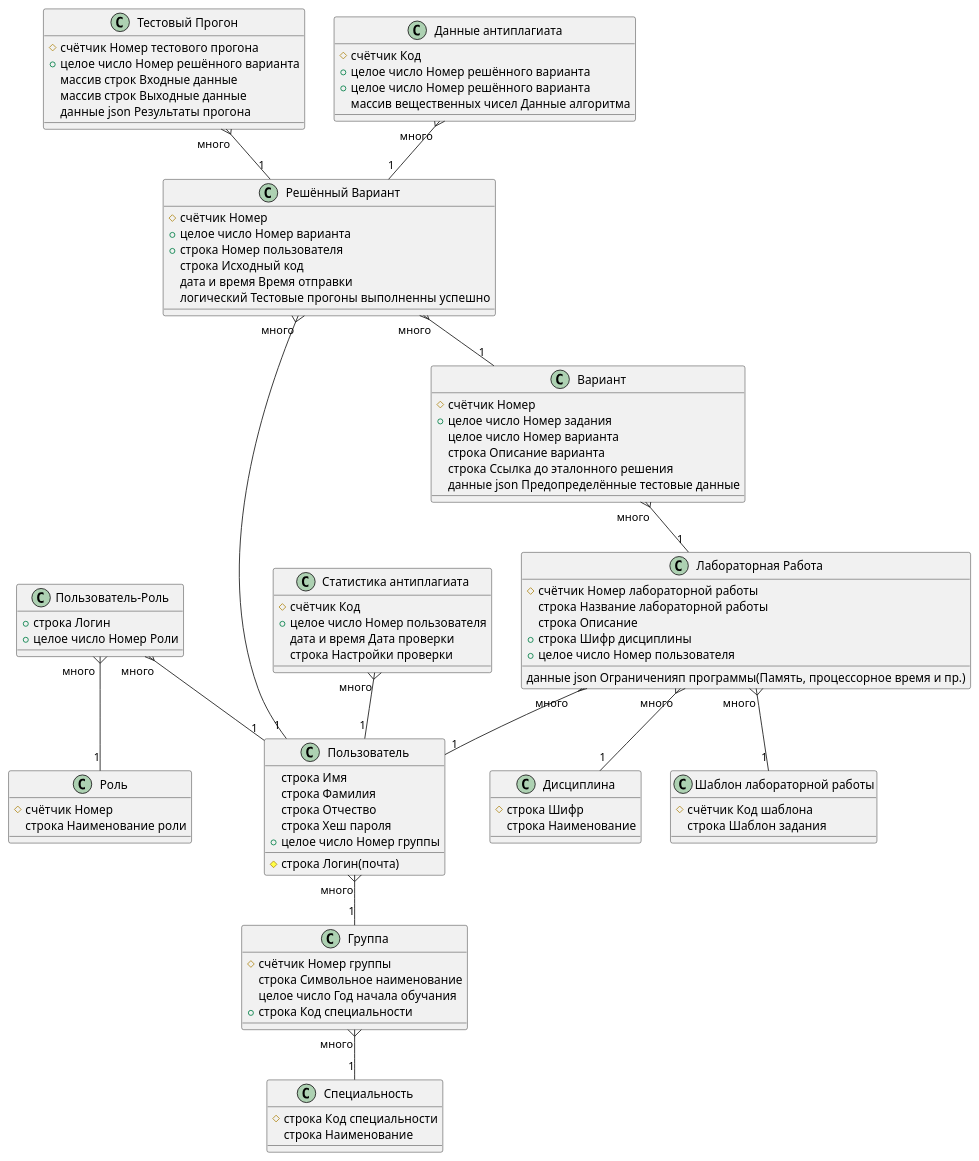
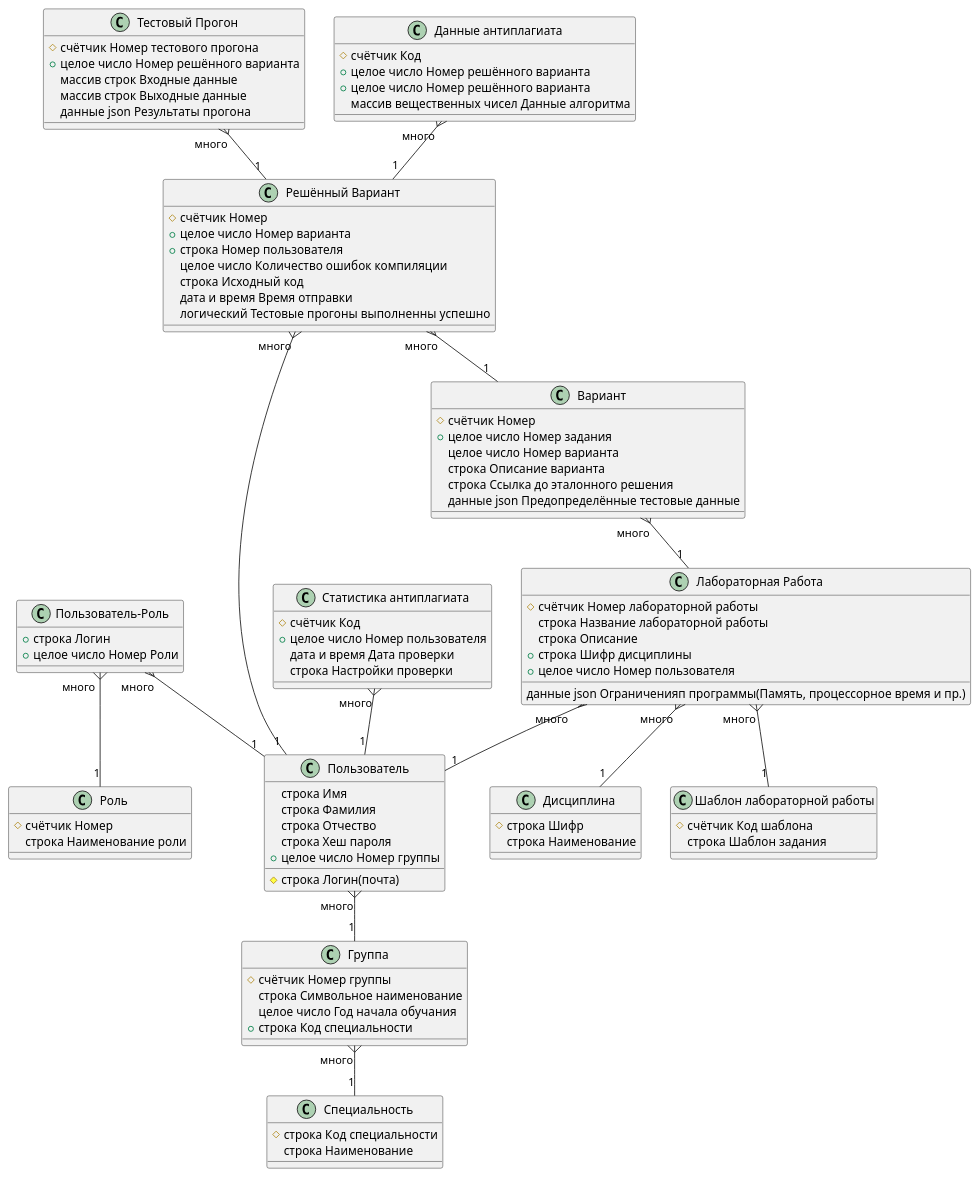
Before and after one commit to xguppy/ALS: the diagram in ER.puml, drawn with PlantUML. The commit also changed 6 other files, not shown here.

```diff
--- a/ER.puml
+++ b/ER.puml
@@ -1,121 +1,122 @@
 @startuml ERDiagramm
 
 class Пользователь
 {
     # строка Логин(почта)
     строка Имя
     строка Фамилия
     строка Отчество
     строка Хеш пароля
     + целое число Номер группы
 }
 
 class Роль
 {
     # счётчик Номер
     строка Наименование роли
 }
 
 class "Пользователь-Роль"
 {
     + строка Логин
     + целое число Номер Роли
 }
 
 class "Лабораторная Работа"
 {
     # счётчик Номер лабораторной работы
     строка Название лабораторной работы
     строка Описание
     данные json Ограниченияп программы(Память, процессорное время и пр.)
     + строка Шифр дисциплины
     + целое число Номер пользователя
 }
 
 class Вариант
 {
     # счётчик Номер
     + целое число Номер задания
     целое число Номер варианта
     строка Описание варианта
     строка Ссылка до эталонного решения
     данные json Предопределённые тестовые данные
 }
 
 class "Решённый Вариант"
 {
     # счётчик Номер
     + целое число Номер варианта
     + строка Номер пользователя
+    целое число Количество ошибок компиляции
     строка Исходный код
     дата и время Время отправки
     логический Тестовые прогоны выполненны успешно
 }
 
 class "Тестовый Прогон"
 {
     # счётчик Номер тестового прогона
     + целое число Номер решённого варианта
     массив строк Входные данные
     массив строк Выходные данные
     данные json Результаты прогона
 }
 
 class Группа
 {
     # счётчик Номер группы
     строка Символьное наименование
     целое число Год начала обучания
     + строка Код специальности
 }
 
 class Дисциплина
 {
     # строка Шифр
     строка Наименование
 }
 
 class "Данные антиплагиата"
 {
     # счётчик Код
     + целое число Номер решённого варианта
     + целое число Номер решённого варианта
     массив вещественных чисел Данные алгоритма
 }
 
 class "Статистика антиплагиата"
 {
     # счётчик Код
     + целое число Номер пользователя
     дата и время Дата проверки
     строка Настройки проверки
 }
 
 class "Шаблон лабораторной работы"
 {
     # счётчик Код шаблона
     строка Шаблон задания
 }
 
 class Специальность
 {
     # строка Код специальности
     строка Наименование
 }
 
 "Пользователь-Роль" "много" }-- "1" Пользователь
 "Пользователь-Роль" "много "}-- "1" Роль
 
 "Лабораторная Работа" "много" }-- "1" Дисциплина
 "Данные антиплагиата" "много" }-- "1" "Решённый Вариант"
 Вариант "много" }-- "1" "Лабораторная Работа"
 "Решённый Вариант" "много" }-- "1" Вариант
 "Решённый Вариант" "много" }-- "1" Пользователь
 Пользователь "много" }-- "1" Группа
 Группа "много" }-- "1" Специальность
 "Статистика антиплагиата" "много" }-- "1" Пользователь
 "Лабораторная Работа" "много" }-- "1" "Шаблон лабораторной работы"
 "Лабораторная Работа" "много" }-- "1" Пользователь
 "Тестовый Прогон" "много" }-- "1" "Решённый Вариант"
 
 @enduml
```
